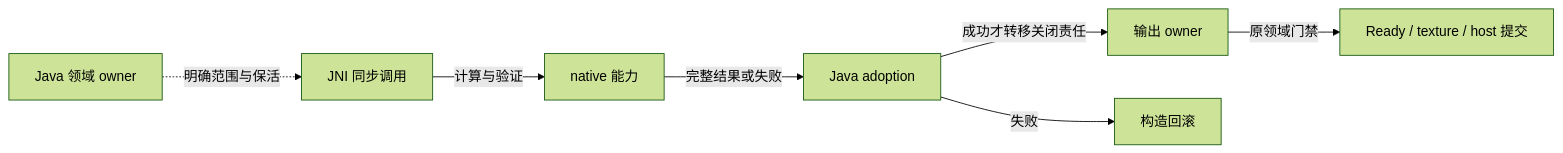
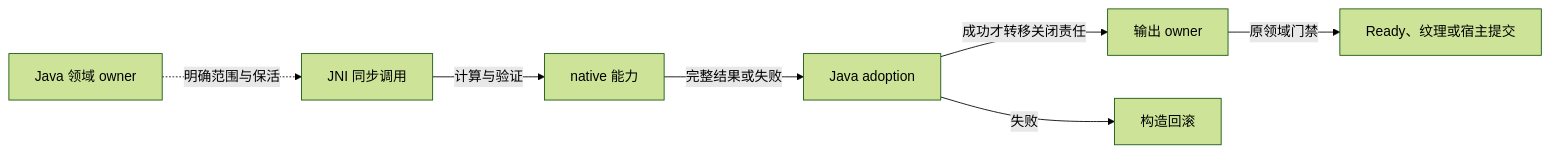
One commit to YesSteveModel/YesSteveModel changed the diagram in docs/architecture/native-runtime/overview.md. Above: the diagram before and after it, drawn with Mermaid (forest theme). The commit also changed other lines of this file and 1109 other files, not shown here.

````diff
--- a/docs/architecture/native-runtime/overview.md
+++ b/docs/architecture/native-runtime/overview.md
@@ -71,9 +74,9 @@
 ```mermaid
 flowchart LR
     Java["Java 领域 owner"] -. 明确范围与保活 .-> Call["JNI 同步调用"]
     Call -->|计算与验证| Native["native 能力"]
     Native -->|完整结果或失败| Adopt["Java adoption"]
     Adopt -->|成功才转移关闭责任| Owner["输出 owner"]
     Adopt -->|失败| Rollback["构造回滚"]
-    Owner -->|原领域门禁| Publish["Ready / texture / host 提交"]
+    Owner -->|原领域门禁| Publish["Ready、纹理或宿主提交"]
 ```
````
